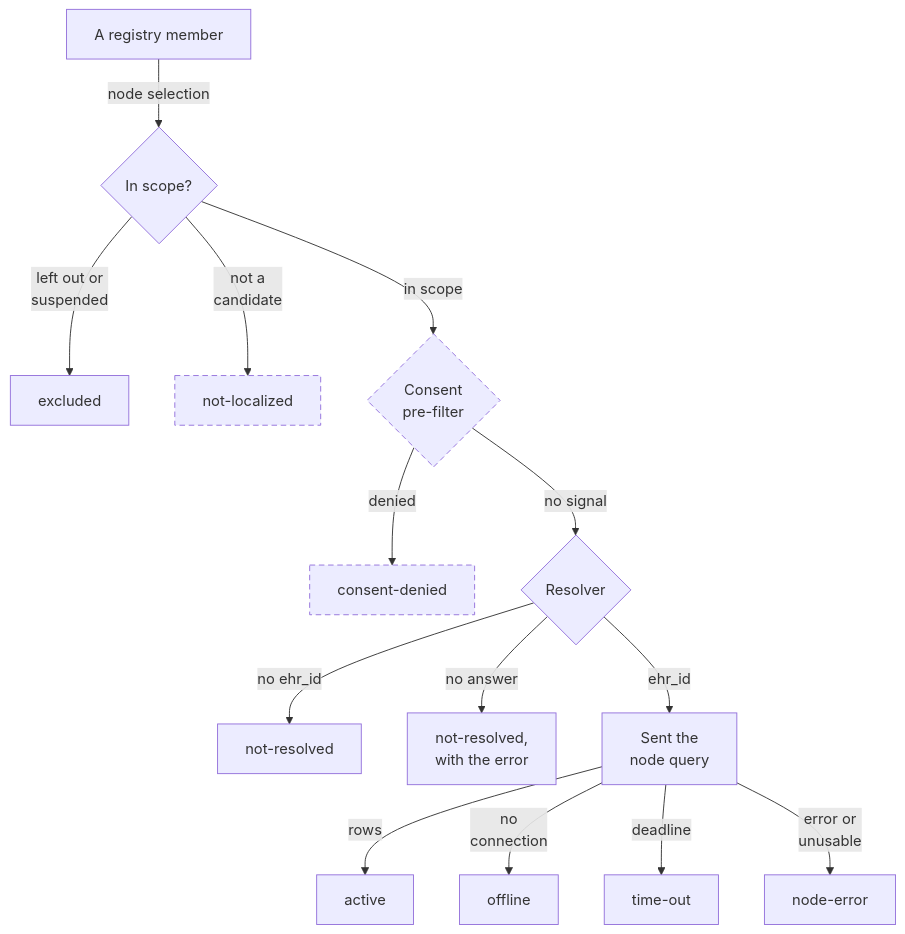
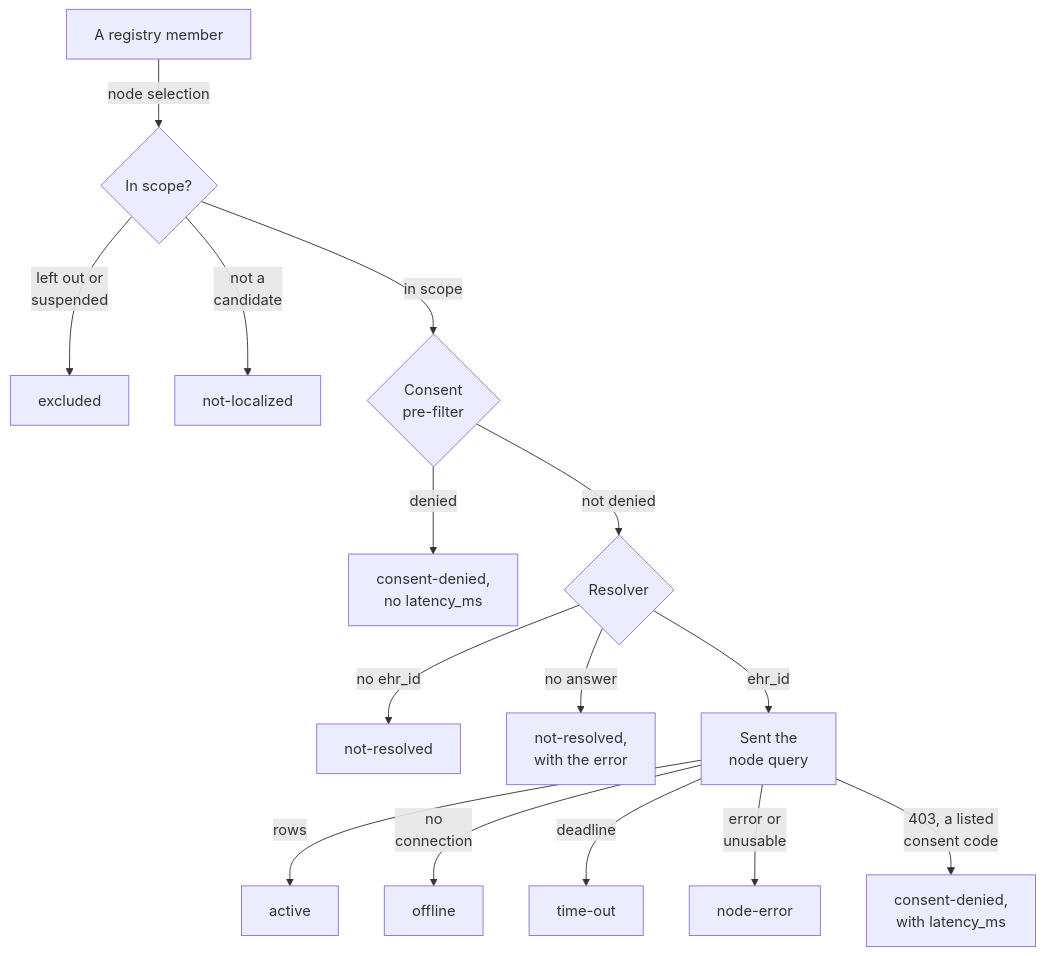
The fourth of 5 diagrams in website/book/src/how-it-works/federated-query.md (FerroHEALTH/FerroFED), drawn with Mermaid before and after one commit. The commit also changed other lines of this file and 2 other files, not shown here.

Commit message:
docs(book): draw the localizer and the consent pre-filter as built (#395)

````diff
--- a/website/book/src/how-it-works/federated-query.md
+++ b/website/book/src/how-it-works/federated-query.md
@@ -141,17 +153,17 @@
 ```mermaid
 flowchart TD
-    classDef planned stroke-dasharray: 6 4
     m["A registry member"] -->|"node selection"| sel{"In scope?"}
     sel -->|"left out or<br/>suspended"| excl["excluded"]
-    sel -->|"not a<br/>candidate"| nloc["not-localized"]:::planned
-    sel -->|"in scope"| pre{"Consent<br/>pre-filter"}:::planned
-    pre -->|"denied"| cden["consent-denied"]:::planned
-    pre -->|"no signal"| res{"Resolver"}
+    sel -->|"not a<br/>candidate"| nloc["not-localized"]
+    sel -->|"in scope"| pre{"Consent<br/>pre-filter"}
+    pre -->|"denied"| cden["consent-denied,<br/>no latency_ms"]
+    pre -->|"not denied"| res{"Resolver"}
     res -->|"no ehr_id"| nres["not-resolved"]
     res -->|"no answer"| nresf["not-resolved,<br/>with the error"]
     res -->|"ehr_id"| sent["Sent the<br/>node query"]
     sent -->|"rows"| act["active"]
     sent -->|"no<br/>connection"| off["offline"]
     sent -->|"deadline"| tout["time-out"]
     sent -->|"error or<br/>unusable"| nerr["node-error"]
+    sent -->|"403, a listed<br/>consent code"| cref["consent-denied,<br/>with latency_ms"]
 ```
````
